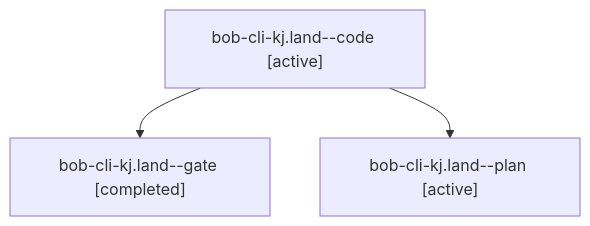
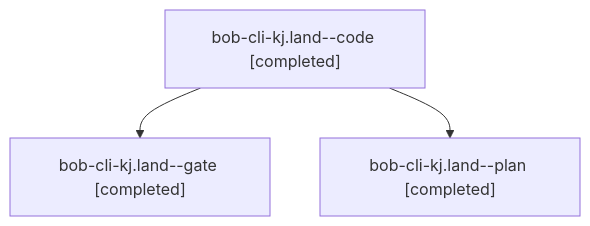
One commit to bobs-org/bob-cli--agents changed the diagram in sessions/bbugyi200.athena.bob-cli-kj.land.md. Above: the diagram before and after it, drawn with Mermaid. The commit also changed other lines of this file and 95 other files, not shown here.

````diff
--- a/sessions/bbugyi200.athena.bob-cli-kj.land.md
+++ b/sessions/bbugyi200.athena.bob-cli-kj.land.md
@@ -9,8 +9,8 @@
 ```mermaid
 flowchart TD
-  n0["bob-cli-kj.land--code [active]"]
+  n0["bob-cli-kj.land--code [completed]"]
   n1["bob-cli-kj.land--gate [completed]"]
   n0 --> n1
-  n2["bob-cli-kj.land--plan [active]"]
+  n2["bob-cli-kj.land--plan [completed]"]
   n0 --> n2
 ```
````
